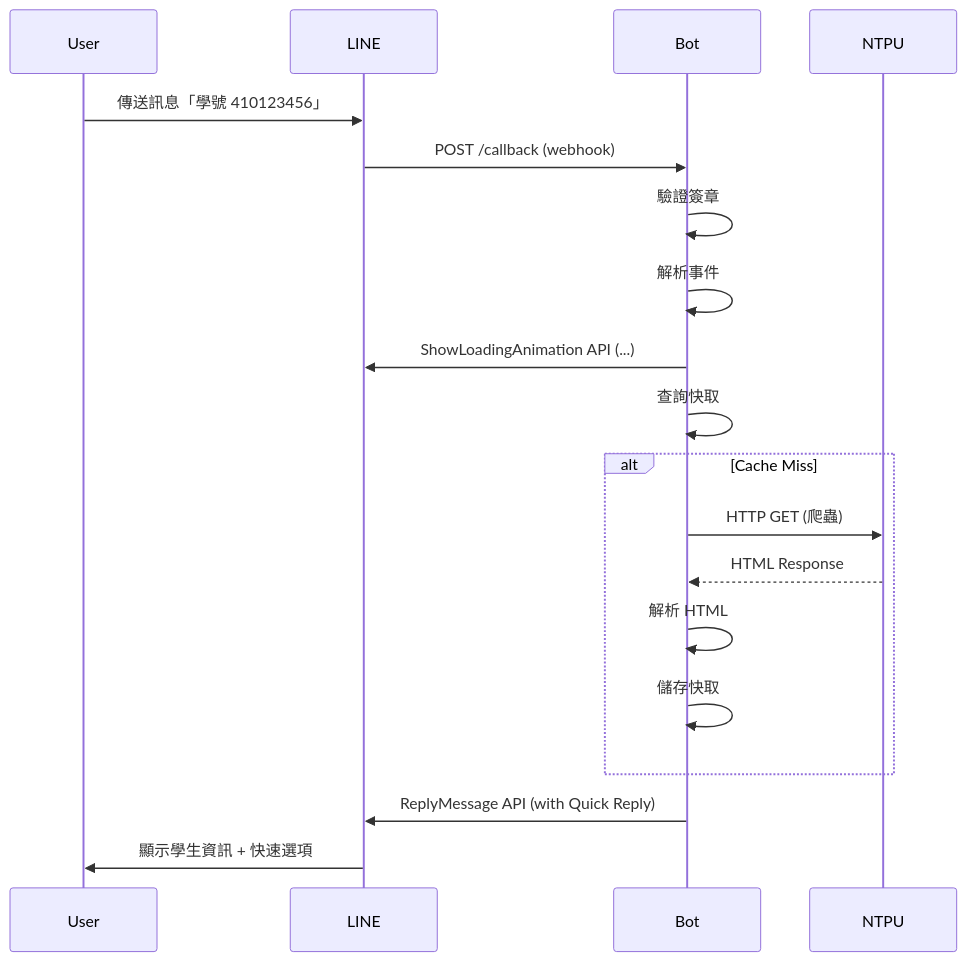
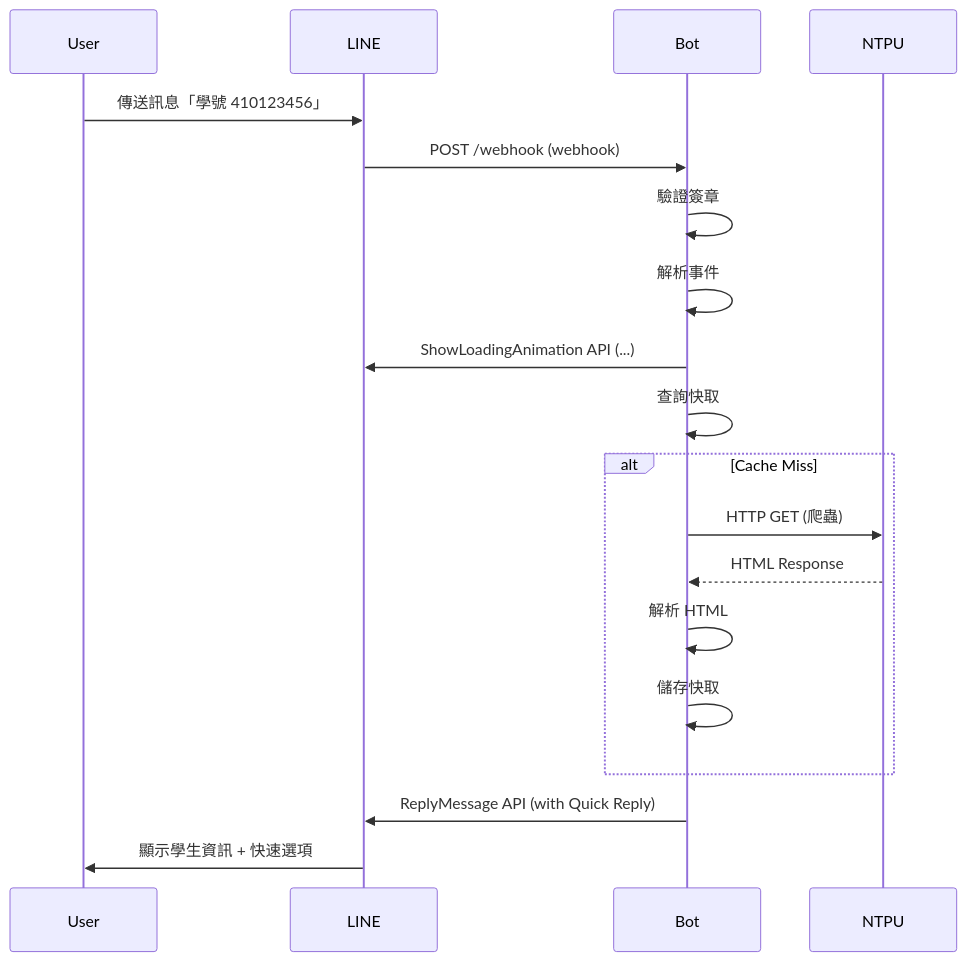
The diagram in docs/API.md (garyellow/ntpu-linebot-go), drawn with Mermaid before and after one commit. The commit also changed other lines of this file and 2 other files, not shown here.

````diff
--- a/docs/API.md
+++ b/docs/API.md
@@ -288,22 +303,22 @@
 ```mermaid
 sequenceDiagram
     participant User
     participant LINE
     participant Bot
     participant NTPU
 
     User->>LINE: 傳送訊息「學號 410123456」
-    LINE->>Bot: POST /callback (webhook)
+    LINE->>Bot: POST /webhook (webhook)
     Bot->>Bot: 驗證簽章
     Bot->>Bot: 解析事件
     Bot->>LINE: ShowLoadingAnimation API (...)
     Bot->>Bot: 查詢快取
     alt Cache Miss
         Bot->>NTPU: HTTP GET (爬蟲)
         NTPU-->>Bot: HTML Response
         Bot->>Bot: 解析 HTML
         Bot->>Bot: 儲存快取
     end
     Bot->>LINE: ReplyMessage API (with Quick Reply)
     LINE->>User: 顯示學生資訊 + 快速選項
 ```
````
